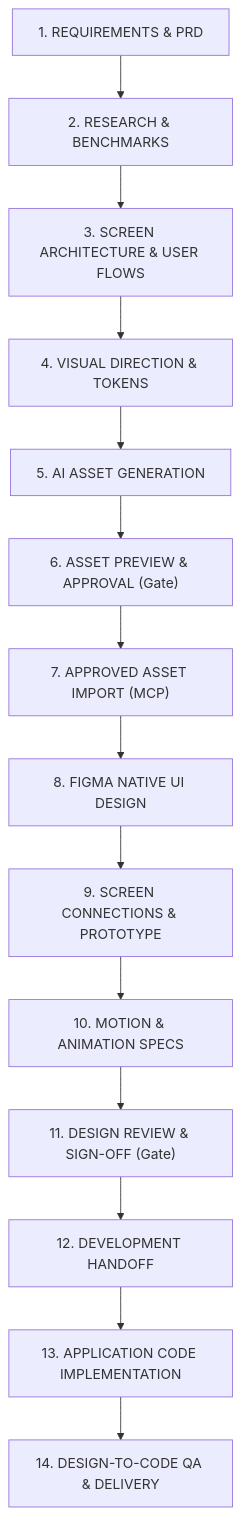
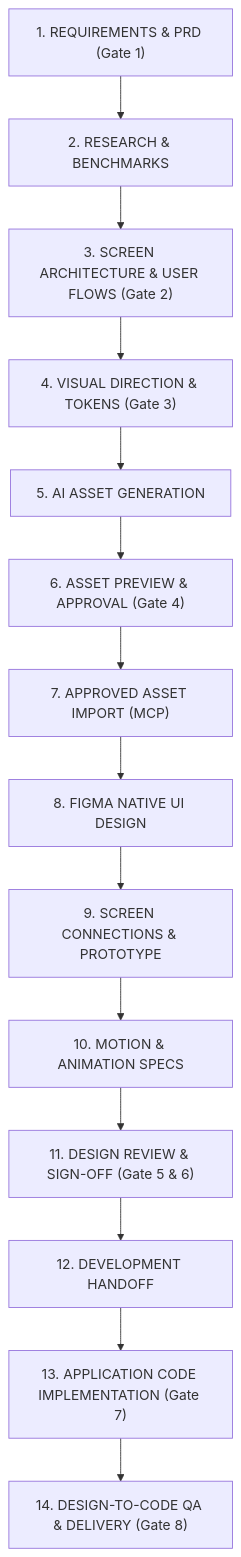
Before and after one commit to rik9922/Figma: the diagram in AGENTS.md, drawn with Mermaid. The commit also changed other lines of this file and 22 other files, not shown here.

Commit message:
feat(workspace): enforce single main branch policy, establish smart AI Figma helper architecture, de-duplicate root docs, and add verify-figma-mcp CLI

````diff
--- a/AGENTS.md
+++ b/AGENTS.md
@@ -20,16 +44,16 @@
 ```mermaid
 flowchart TD
-    S1["1. REQUIREMENTS & PRD"] --> S2["2. RESEARCH & BENCHMARKS"]
-    S2 --> S3["3. SCREEN ARCHITECTURE & USER FLOWS"]
-    S3 --> S4["4. VISUAL DIRECTION & TOKENS"]
+    S1["1. REQUIREMENTS & PRD (Gate 1)"] --> S2["2. RESEARCH & BENCHMARKS"]
+    S2 --> S3["3. SCREEN ARCHITECTURE & USER FLOWS (Gate 2)"]
+    S3 --> S4["4. VISUAL DIRECTION & TOKENS (Gate 3)"]
     S4 --> S5["5. AI ASSET GENERATION"]
-    S5 --> S6["6. ASSET PREVIEW & APPROVAL (Gate)"]
+    S5 --> S6["6. ASSET PREVIEW & APPROVAL (Gate 4)"]
     S6 --> S7["7. APPROVED ASSET IMPORT (MCP)"]
     S7 --> S8["8. FIGMA NATIVE UI DESIGN"]
     S8 --> S9["9. SCREEN CONNECTIONS & PROTOTYPE"]
     S9 --> S10["10. MOTION & ANIMATION SPECS"]
-    S10 --> S11["11. DESIGN REVIEW & SIGN-OFF (Gate)"]
+    S10 --> S11["11. DESIGN REVIEW & SIGN-OFF (Gate 5 & 6)"]
     S11 --> S12["12. DEVELOPMENT HANDOFF"]
-    S12 --> S13["13. APPLICATION CODE IMPLEMENTATION"]
-    S13 --> S14["14. DESIGN-TO-CODE QA & DELIVERY"]
+    S12 --> S13["13. APPLICATION CODE IMPLEMENTATION (Gate 7)"]
+    S13 --> S14["14. DESIGN-TO-CODE QA & DELIVERY (Gate 8)"]
 ```
````
